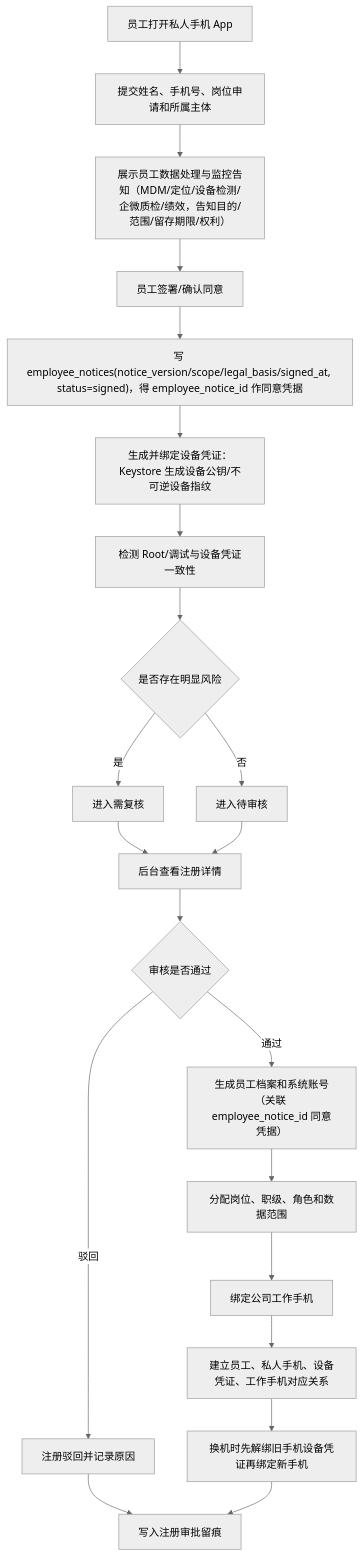
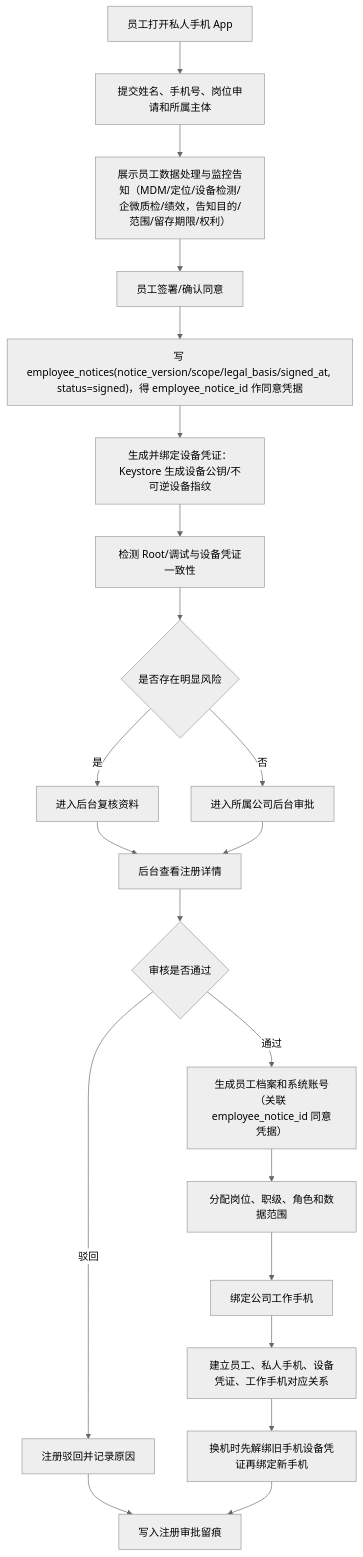
Diagram 11 of 21 in docs/platform-governance-product-spec-v0.2.md (jxh1979/mall), drawn with Mermaid (neutral theme) before and after one commit. The commit also changed other lines of this file and 8 other files, not shown here.

````diff
--- a/docs/platform-governance-product-spec-v0.2.md
+++ b/docs/platform-governance-product-spec-v0.2.md
@@ -1852,23 +1798,23 @@
 ```mermaid
 flowchart TD
     A["员工打开私人手机 App"] --> B["提交姓名、手机号、岗位申请和所属主体"]
     B --> B1["展示员工数据处理与监控告知（MDM/定位/设备检测/企微质检/绩效，告知目的/范围/留存期限/权利）"]
     B1 --> B2["员工签署/确认同意"]
     B2 --> B3["写 employee_notices(notice_version/scope/legal_basis/signed_at, status=signed)，得 employee_notice_id 作同意凭据"]
     B3 --> C["生成并绑定设备凭证：Keystore 生成设备公钥/不可逆设备指纹"]
     C --> D["检测 Root/调试与设备凭证一致性"]
     D --> E{"是否存在明显风险"}
-    E -- "是" --> F["进入需复核"]
-    E -- "否" --> G["进入待审核"]
+    E -- "是" --> F["进入后台复核资料"]
+    E -- "否" --> G["进入所属公司后台审批"]
     F --> H["后台查看注册详情"]
     G --> H
     H --> I{"审核是否通过"}
     I -- "驳回" --> J["注册驳回并记录原因"]
     I -- "通过" --> K["生成员工档案和系统账号（关联 employee_notice_id 同意凭据）"]
     K --> L["分配岗位、职级、角色和数据范围"]
     L --> M["绑定公司工作手机"]
     M --> N["建立员工、私人手机、设备凭证、工作手机对应关系"]
     N --> N1["换机时先解绑旧手机设备凭证再绑定新手机"]
     J --> O["写入注册审批留痕"]
     N1 --> O
 ```
````
